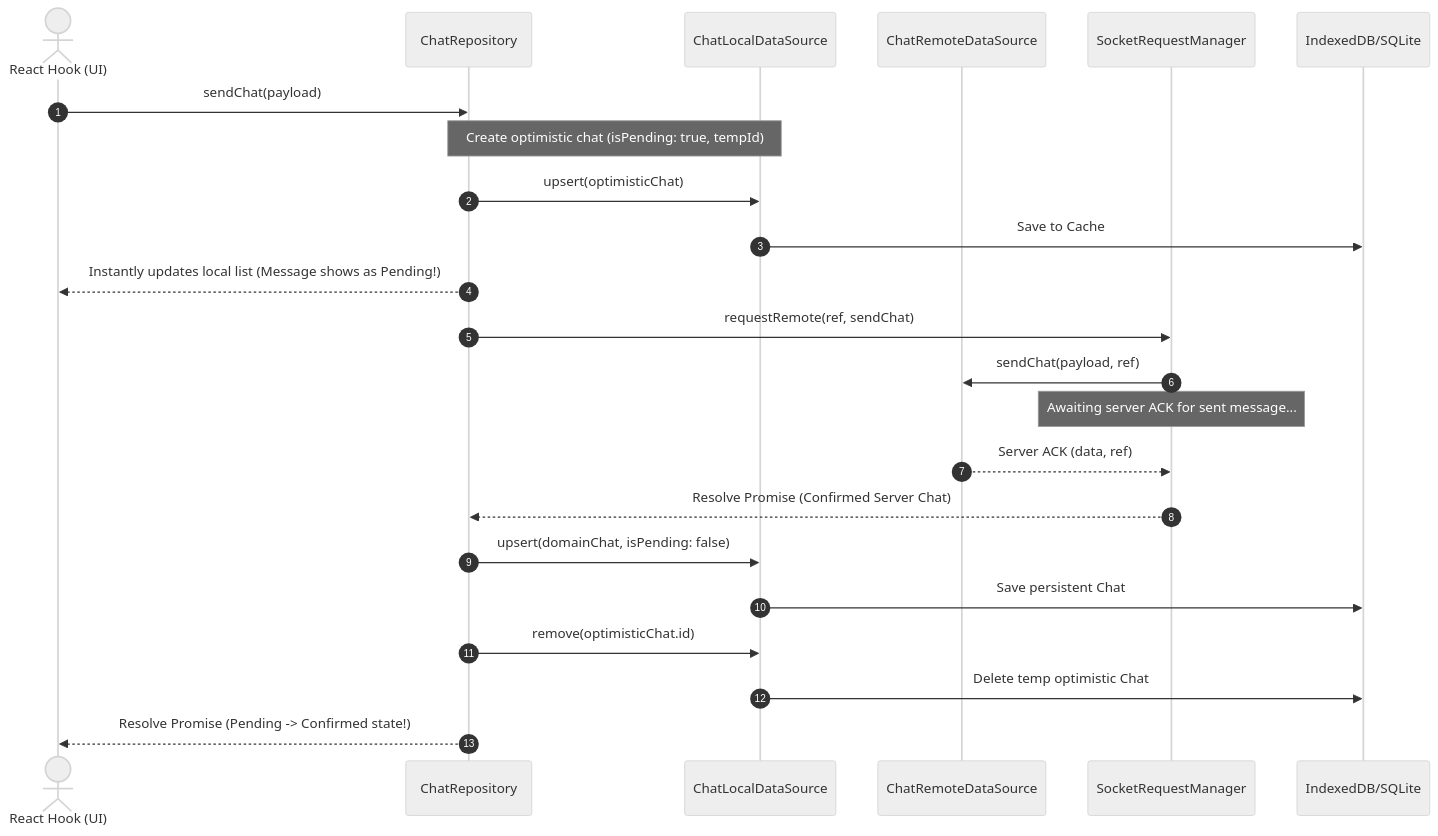
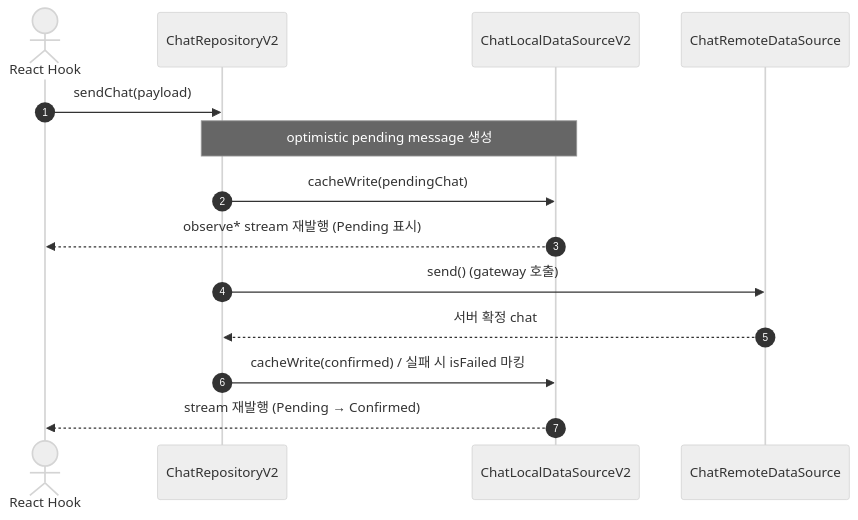
The fourth of 5 diagrams in libs/data/README.md (lemoncloud-io/dou-app), drawn with Mermaid (neutral theme) before and after one commit. The commit also changed other lines of this file, not shown here.

First line of the commit message:
docs: update README for @chatic/data module

````diff
--- a/libs/data/README.md
+++ b/libs/data/README.md
@@ -270,33 +173,18 @@
 ```mermaid
-%% Slide 2: Mutation Flow (Optimistic Update)
 sequenceDiagram
     autonumber
-    actor UI as React Hook (UI)
-    participant Repo as ChatRepository
-    participant LDS as ChatLocalDataSource
+    actor UI as React Hook
+    participant Repo as ChatRepositoryV2
+    participant LDS as ChatLocalDataSourceV2
     participant RDS as ChatRemoteDataSource
-    participant Socket as SocketRequestManager
-    participant DB as IndexedDB/SQLite
 
     UI->>Repo: sendChat(payload)
+    Note over Repo,LDS: optimistic pending message 생성
+    Repo->>LDS: cacheWrite(pendingChat)
+    LDS-->>UI: observe* stream 재발행 (Pending 표시)
 
-    %% Optimistic update
-    Note over Repo, LDS: Create optimistic chat (isPending: true, tempId)
-    Repo->>LDS: upsert(optimisticChat)
-    LDS->>DB: Save to Cache
-    Repo-->>UI: Instantly updates local list (Message shows as Pending!)
-
-    %% Remote request
-    Repo->>Socket: requestRemote(ref, sendChat)
-    Socket->>RDS: sendChat(payload, ref)
-    Note over Socket: Awaiting server ACK for sent message...
-    RDS-->>Socket: Server ACK (data, ref)
-    Socket-->>Repo: Resolve Promise (Confirmed Server Chat)
-
-    %% Success cache sync
-    Repo->>LDS: upsert(domainChat, isPending: false)
-    LDS->>DB: Save persistent Chat
-    Repo->>LDS: remove(optimisticChat.id)
-    LDS->>DB: Delete temp optimistic Chat
-    Repo-->>UI: Resolve Promise (Pending -> Confirmed state!)
+    Repo->>RDS: send() (gateway 호출)
+    RDS-->>Repo: 서버 확정 chat
+    Repo->>LDS: cacheWrite(confirmed) / 실패 시 isFailed 마킹
+    LDS-->>UI: stream 재발행 (Pending → Confirmed)
 ```
````
